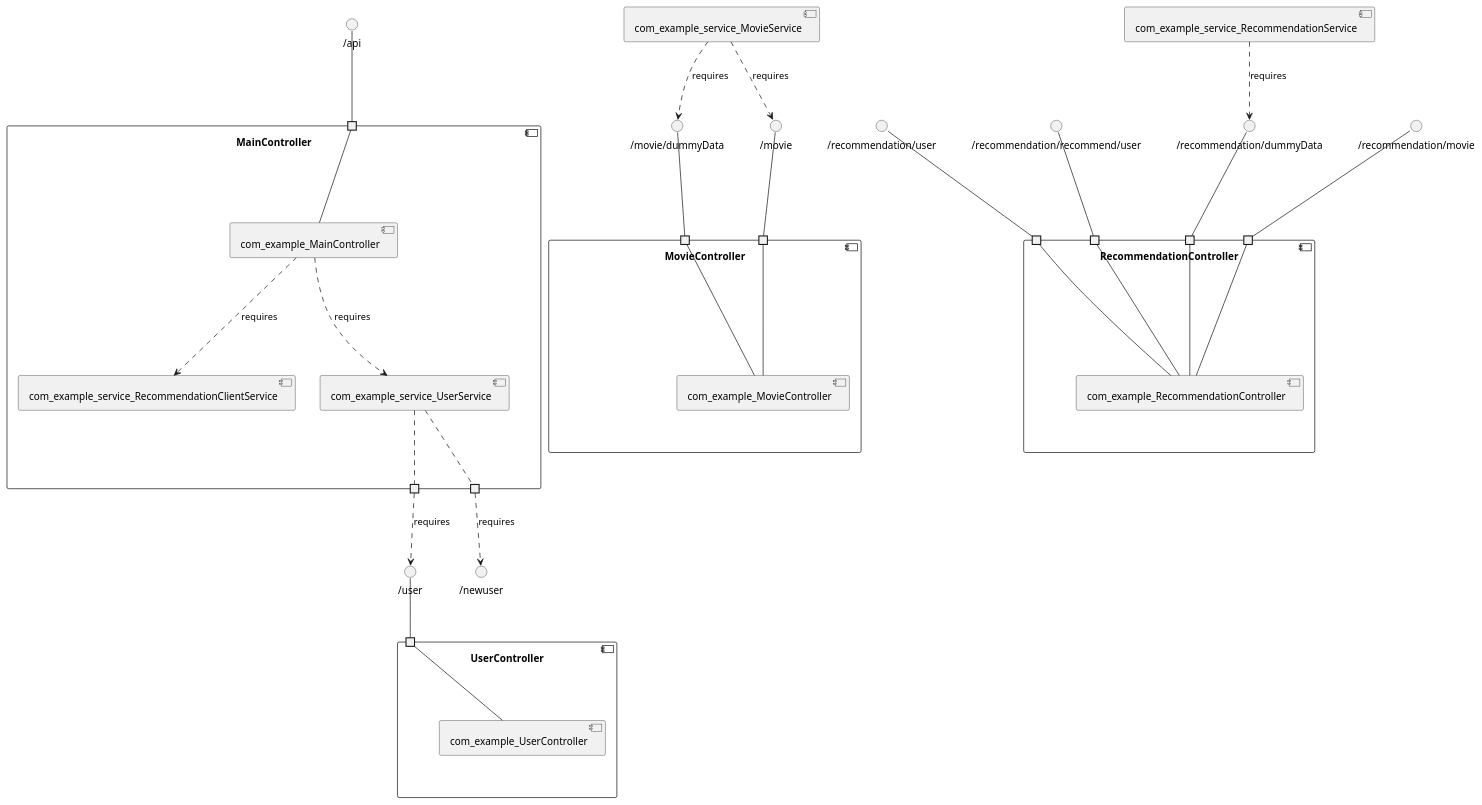
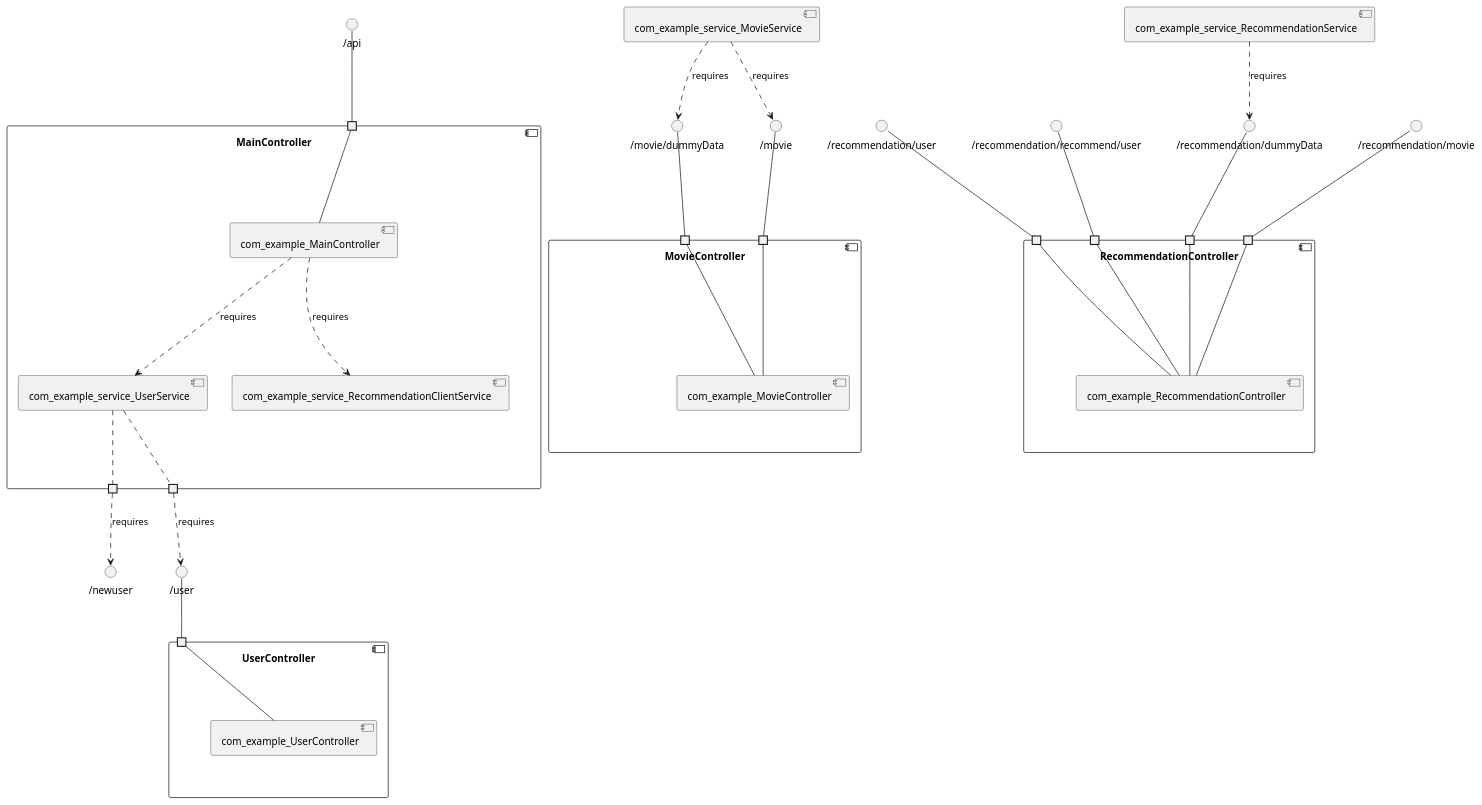
The diagram in spring-cloud-movie-recommendation/model_re/uml/componentDiagram.puml (View-Based-Reverse-Engineering/Retriever-Benchmark), drawn with PlantUML before and after one commit. The commit also changed other lines of this file and 150 other files, not shown here.

```diff
--- a/spring-cloud-movie-recommendation/model_re/uml/componentDiagram.puml
+++ b/spring-cloud-movie-recommendation/model_re/uml/componentDiagram.puml
@@ -1,66 +1,66 @@
 @startuml
 skinparam fixCircleLabelOverlapping true
 component "MainController\n\n\n\n\n\n" {
-[com_example_service_UserService]
 [com_example_MainController]
 [com_example_service_RecommendationClientService]
+[com_example_service_UserService]
 portin " " as MainController.requires._api
+portout " " as MainController.provides._newuser
 portout " " as MainController.provides._user
-portout " " as MainController.provides._newuser
 [com_example_MainController]..>[com_example_service_UserService] : requires
 [com_example_MainController]..>[com_example_service_RecommendationClientService] : requires
 "MainController.requires._api"--[com_example_MainController]
 [com_example_service_UserService].."MainController.provides._user"
 [com_example_service_UserService].."MainController.provides._newuser"
 }
 interface "/api" as interface._api
 interface._api--"MainController.requires._api"
 interface "/user" as interface._user
 "MainController.provides._user"..>interface._user : requires
 interface "/newuser" as interface._newuser
 "MainController.provides._newuser"..>interface._newuser : requires
 component "MovieController\n\n\n\n\n\n" {
 [com_example_MovieController]
 portin " " as MovieController.requires._movie
 portin " " as MovieController.requires._movie_dummyData
 "MovieController.requires._movie_dummyData"--[com_example_MovieController]
 "MovieController.requires._movie"--[com_example_MovieController]
 }
 interface "/movie/dummyData" as interface._movie_dummyData
 interface._movie_dummyData--"MovieController.requires._movie_dummyData"
 interface "/movie" as interface._movie
 interface._movie--"MovieController.requires._movie"
 component "RecommendationController\n\n\n\n\n\n" {
 [com_example_RecommendationController]
 portin " " as RecommendationController.requires._recommendation_dummyData
 portin " " as RecommendationController.requires._recommendation_movie
 portin " " as RecommendationController.requires._recommendation_user
 portin " " as RecommendationController.requires._recommendation_recommend_user
 "RecommendationController.requires._recommendation_user"--[com_example_RecommendationController]
 "RecommendationController.requires._recommendation_dummyData"--[com_example_RecommendationController]
 "RecommendationController.requires._recommendation_recommend_user"--[com_example_RecommendationController]
 "RecommendationController.requires._recommendation_movie"--[com_example_RecommendationController]
 }
 interface "/recommendation/user" as interface._recommendation_user
 interface._recommendation_user--"RecommendationController.requires._recommendation_user"
 interface "/recommendation/dummyData" as interface._recommendation_dummyData
 interface._recommendation_dummyData--"RecommendationController.requires._recommendation_dummyData"
 interface "/recommendation/recommend/user" as interface._recommendation_recommend_user
 interface._recommendation_recommend_user--"RecommendationController.requires._recommendation_recommend_user"
 interface "/recommendation/movie" as interface._recommendation_movie
 interface._recommendation_movie--"RecommendationController.requires._recommendation_movie"
 component "UserController\n\n\n\n\n\n" {
 [com_example_UserController]
 portin " " as UserController.requires._user
 "UserController.requires._user"--[com_example_UserController]
 }
 interface "/user" as interface._user
 interface._user--"UserController.requires._user"
 interface "/movie" as interface._movie
 [com_example_service_MovieService]..>interface._movie : requires
 interface "/movie/dummyData" as interface._movie_dummyData
 [com_example_service_MovieService]..>interface._movie_dummyData : requires
 interface "/recommendation/dummyData" as interface._recommendation_dummyData
 [com_example_service_RecommendationService]..>interface._recommendation_dummyData : requires
 
 @enduml
```
